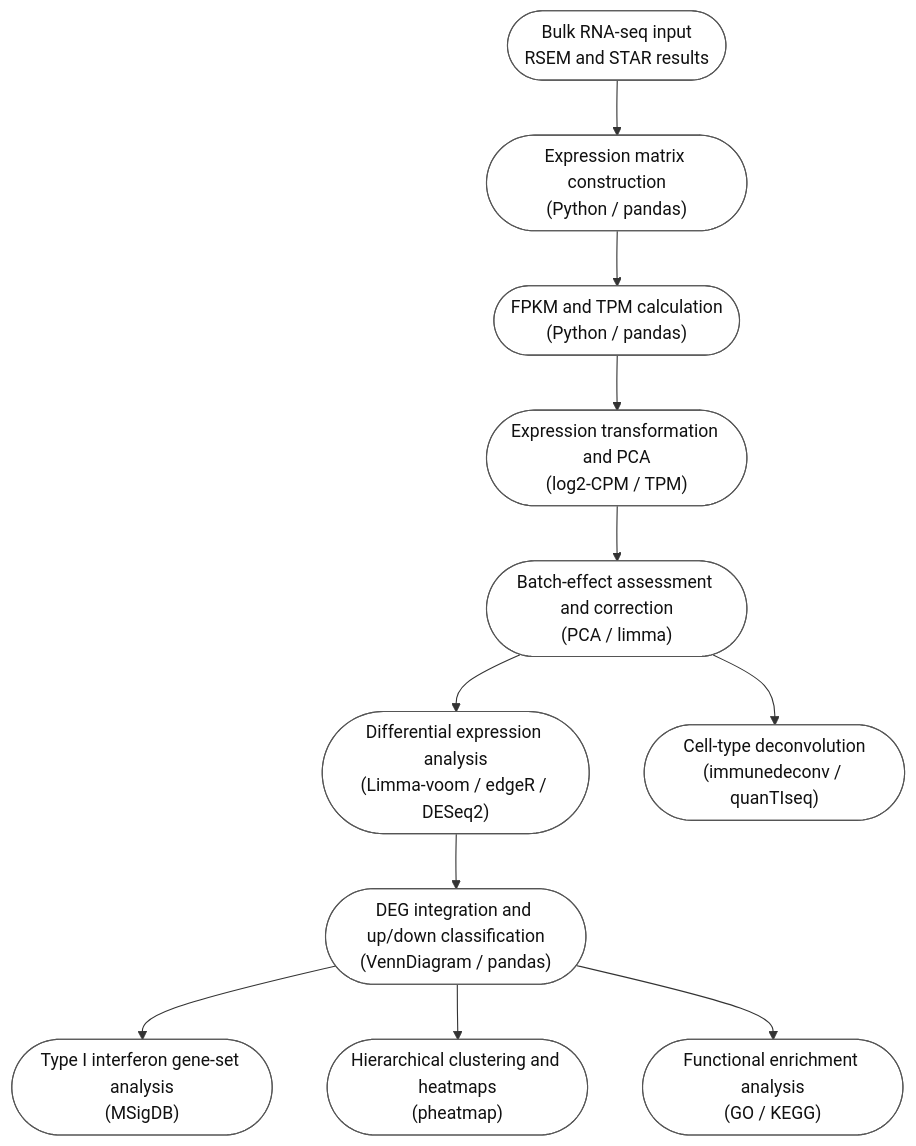
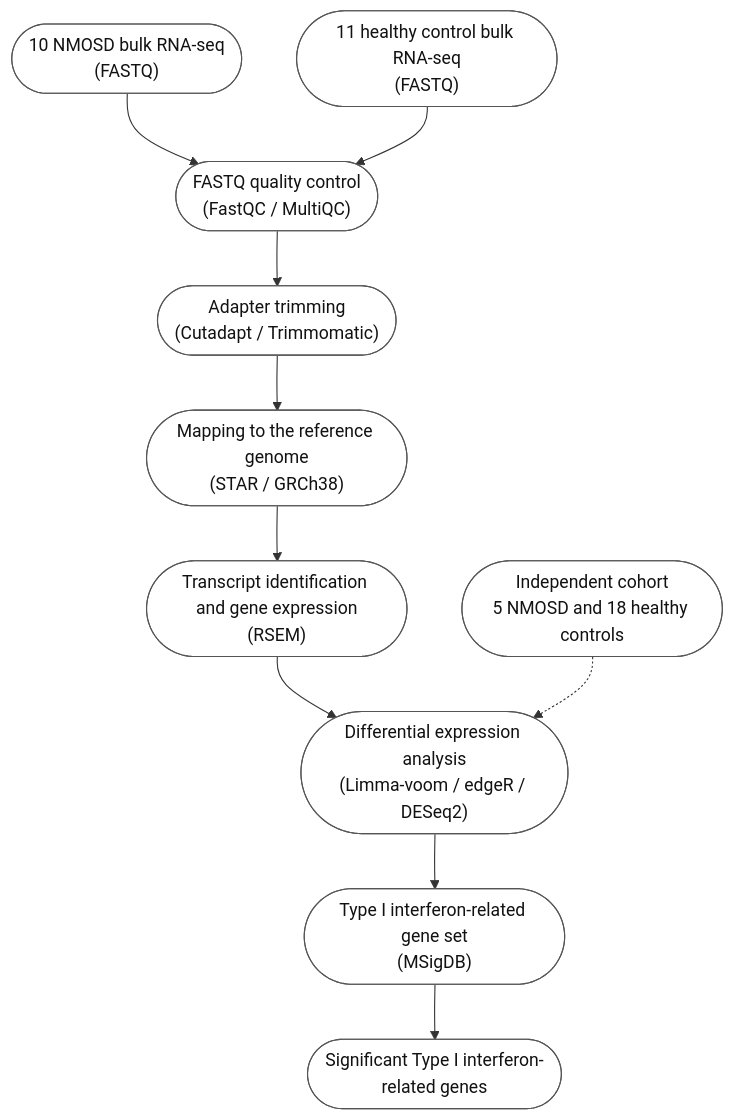
One commit to dock0528/NMOSD_RNA_analysis changed the diagram in README.md. Above: the diagram before and after it, drawn with Mermaid. The commit also changed other lines of this file, not shown here.

Commit message:
Align RNA workflow with bulk RNA-seq pipeline

````diff
--- a/README.md
+++ b/README.md
@@ -15,24 +15,21 @@
 ```mermaid
 flowchart TD
-    A(["Bulk RNA-seq input<br/>RSEM and STAR results"])
-    B(["Expression matrix construction<br/>(Python / pandas)"])
-    C(["FPKM and TPM calculation<br/>(Python / pandas)"])
-    D(["Expression transformation and PCA<br/>(log2-CPM / TPM)"])
-    E(["Batch-effect assessment and correction<br/>(PCA / limma)"])
-    F(["Differential expression analysis<br/>(Limma-voom / edgeR / DESeq2)"])
-    G(["DEG integration and up/down classification<br/>(VennDiagram / pandas)"])
-    H(["Type I interferon gene-set analysis<br/>(MSigDB)"])
-    I(["Hierarchical clustering and heatmaps<br/>(pheatmap)"])
-    J(["Cell-type deconvolution<br/>(immunedeconv / quanTIseq)"])
-    K(["Functional enrichment analysis<br/>(GO / KEGG)"])
+    A(["10 NMOSD bulk RNA-seq<br/>(FASTQ)"])
+    B(["11 healthy control bulk RNA-seq<br/>(FASTQ)"])
+    C(["FASTQ quality control<br/>(FastQC / MultiQC)"])
+    D(["Adapter trimming<br/>(Cutadapt / Trimmomatic)"])
+    E(["Mapping to the reference genome<br/>(STAR / GRCh38)"])
+    F(["Transcript identification and gene expression<br/>(RSEM)"])
+    G(["Independent cohort<br/>5 NMOSD and 18 healthy controls"])
+    H(["Differential expression analysis<br/>(Limma-voom / edgeR / DESeq2)"])
+    I(["Type I interferon-related gene set<br/>(MSigDB)"])
+    J(["Significant Type I interferon-related genes"])
 
-    A --> B --> C --> D --> E --> F
-    F --> G
-    G --> H
-    G --> I
-    E --> J
-    G --> K
+    A --> C
+    B --> C
+    C --> D --> E --> F --> H --> I --> J
+    G -.-> H
 
     classDef normal fill:#ffffff,stroke:#555555,stroke-width:1px,color:#111111,font-weight:normal;
-    class A,B,C,D,E,F,G,H,I,J,K normal;
+    class A,B,C,D,E,F,G,H,I,J normal;
 ```
````
